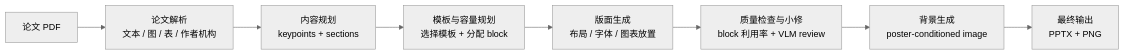
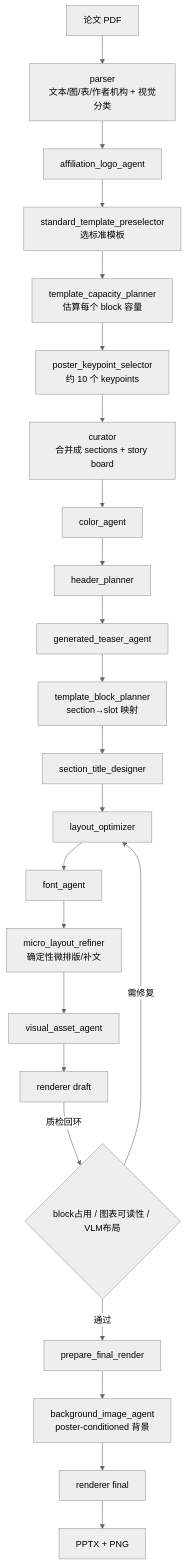
The diagram in README.md (Jackey0903/PosterMELD), drawn with Mermaid (neutral theme) before and after one commit. The commit also changed other lines of this file, not shown here.

````diff
--- a/README.md
+++ b/README.md
@@ -26,10 +26,19 @@
 ```mermaid
-flowchart LR
-    A[论文 PDF] --> B[论文解析<br/>文本 / 图 / 表 / 作者机构]
-    B --> C[内容规划<br/>keypoints + sections]
-    C --> D[模板与容量规划<br/>选择模板 + 分配 block]
-    D --> E[版面生成<br/>布局 / 字体 / 图表放置]
-    E --> F[质量检查与小修<br/>block 利用率 + VLM review]
-    F --> G[背景生成<br/>poster-conditioned image]
-    G --> H[最终输出<br/>PPTX + PNG]
+flowchart TD
+    A[论文 PDF] --> P[parser<br/>文本/图/表/作者机构 + 视觉分类]
+    P --> AL[affiliation_logo_agent]
+    AL --> STP[standard_template_preselector<br/>选标准模板]
+    STP --> TCP[template_capacity_planner<br/>估算每个 block 容量]
+    TCP --> KP[poster_keypoint_selector<br/>约 10 个 keypoints]
+    KP --> CU[curator<br/>合并成 sections + story board]
+    CU --> CA[color_agent] --> HP[header_planner] --> GT[generated_teaser_agent]
+    GT --> TBP[template_block_planner<br/>section→slot 映射]
+    TBP --> STD[section_title_designer] --> LO[layout_optimizer]
+    LO --> FA[font_agent] --> ML[micro_layout_refiner<br/>确定性微排版/补文]
+    ML --> VA[visual_asset_agent] --> R1[renderer draft]
+    R1 -->|质检回环| RV{block占用 / 图表可读性 / VLM布局}
+    RV -->|需修复| LO
+    RV -->|通过| PF[prepare_final_render]
+    PF --> BG[background_image_agent<br/>poster-conditioned 背景]
+    BG --> R2[renderer final] --> OUT[PPTX + PNG]
 ```
````
